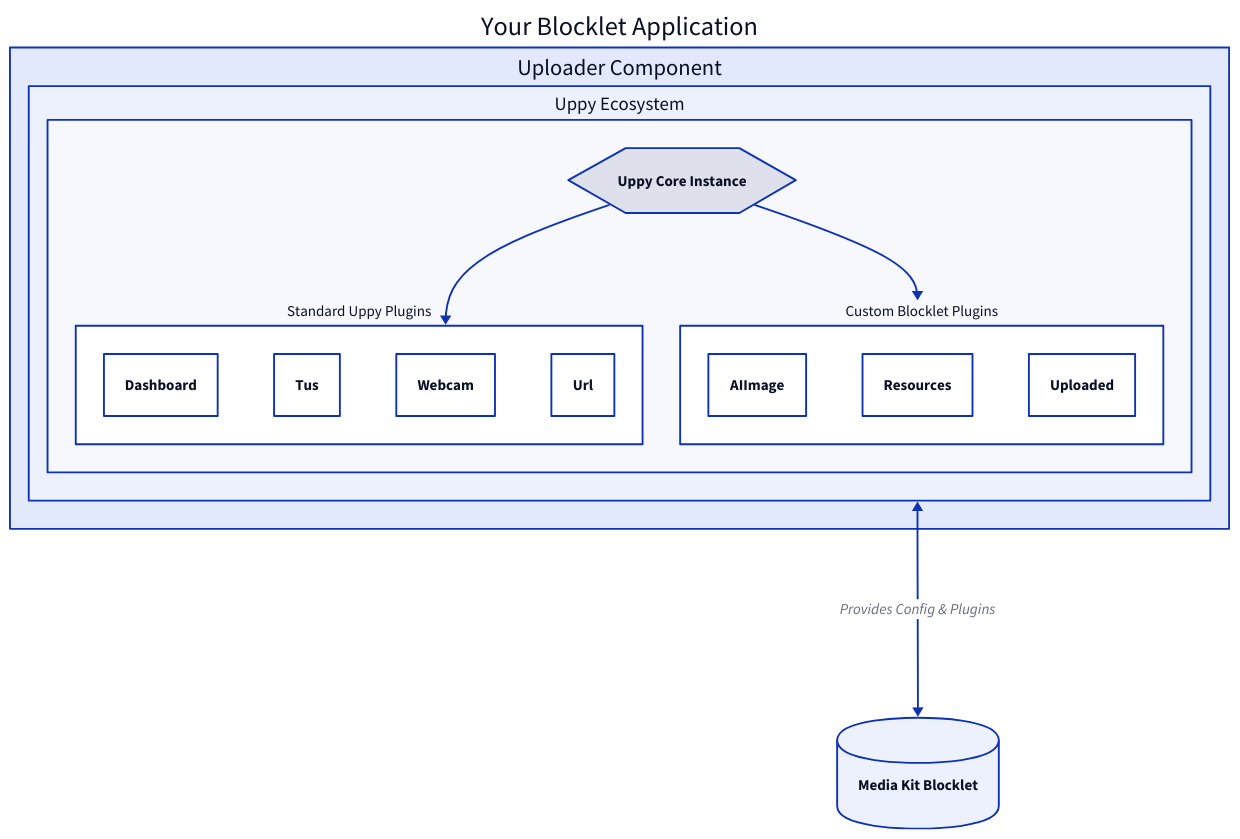
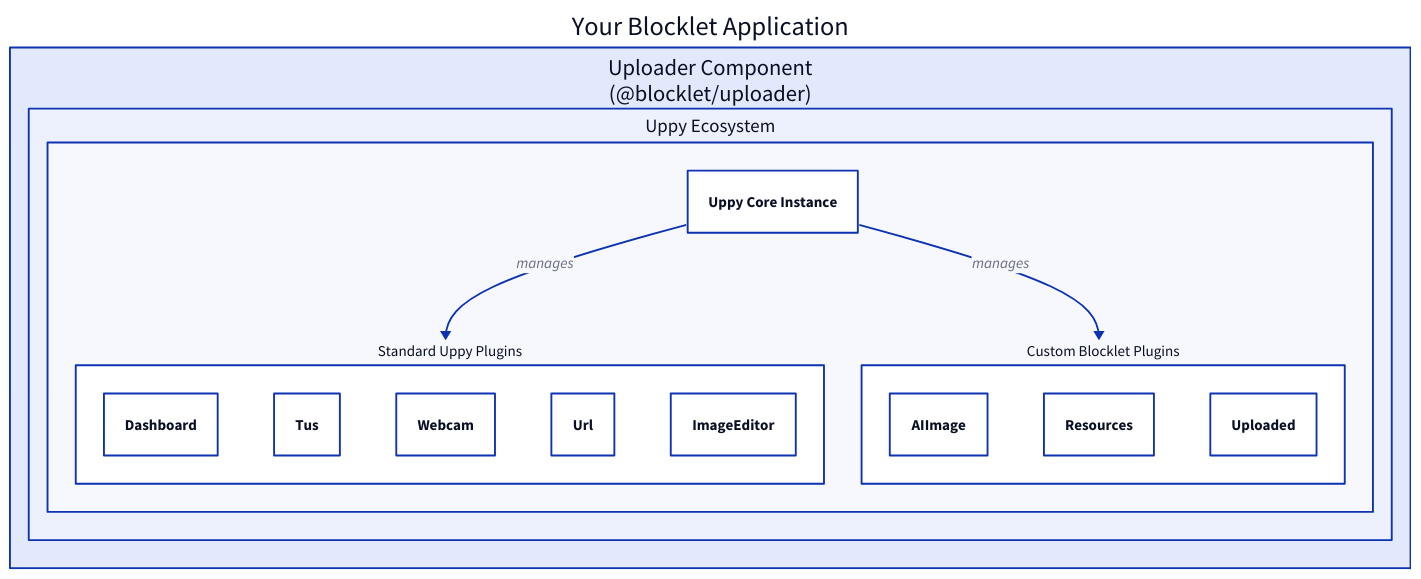
Before and after one commit to blocklet/media-kit: the diagram in .aigne/doc-smith/docs/concepts-uppy-integration.md, drawn with D2. The commit also changed other lines of this file and 25 other files, not shown here.

````diff
--- a/.aigne/doc-smith/docs/concepts-uppy-integration.md
+++ b/.aigne/doc-smith/docs/concepts-uppy-integration.md
@@ -13,49 +13,43 @@
 ```d2
 direction: down
 
 blocklet-app: {
   label: "Your Blocklet Application"
   shape: rectangle
 
   uploader-component: {
-    label: "Uploader Component"
+    label: "Uploader Component\n(@blocklet/uploader)"
     shape: rectangle
 
     uppy-ecosystem: {
       label: "Uppy Ecosystem"
       shape: rectangle
 
       uppy-core: {
         label: "Uppy Core Instance"
-        shape: hexagon
       }
 
       standard-plugins: {
         label: "Standard Uppy Plugins"
         shape: rectangle
         Dashboard: {}
         Tus: {}
         Webcam: {}
         Url: {}
+        ImageEditor: {}
       }
 
       custom-plugins: {
         label: "Custom Blocklet Plugins"
         shape: rectangle
         AIImage: {}
         Resources: {}
         Uploaded: {}
       }
     }
   }
 }
 
-media-kit: {
-  label: "Media Kit Blocklet"
-  shape: cylinder
-}
-
-blocklet-app.uploader-component.uppy-ecosystem.uppy-core -> blocklet-app.uploader-component.uppy-ecosystem.standard-plugins
-blocklet-app.uploader-component.uppy-ecosystem.uppy-core -> blocklet-app.uploader-component.uppy-ecosystem.custom-plugins
-blocklet-app.uploader-component <-> media-kit: "Provides Config & Plugins"
+blocklet-app.uploader-component.uppy-ecosystem.uppy-core -> blocklet-app.uploader-component.uppy-ecosystem.standard-plugins: "manages"
+blocklet-app.uploader-component.uppy-ecosystem.uppy-core -> blocklet-app.uploader-component.uppy-ecosystem.custom-plugins: "manages"
 ```
````
